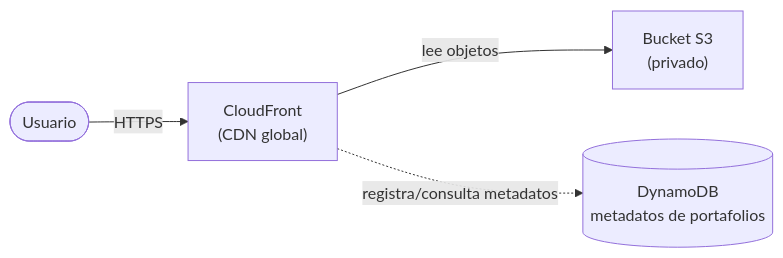
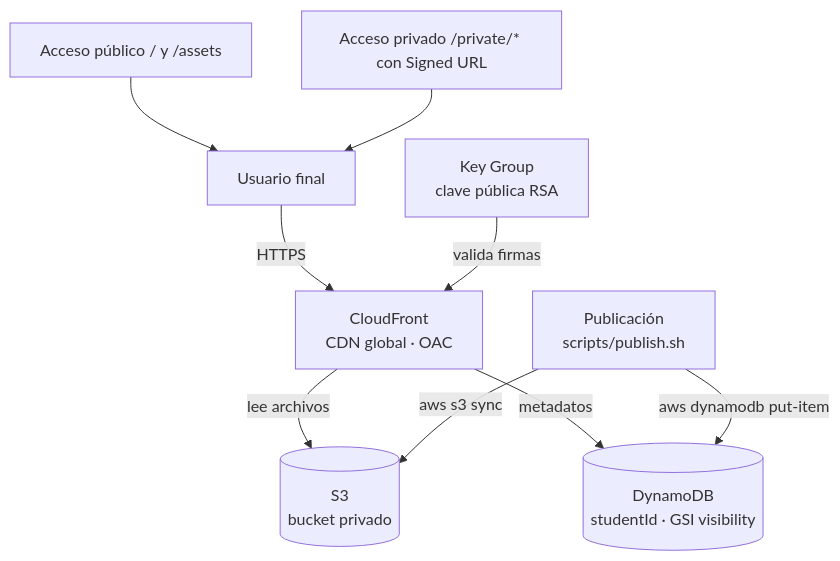
Before and after one commit to Jean-Carlos-L/cloud-portfolio-hosting-platform: the diagram in docs/architecture.md, drawn with Mermaid. The commit also changed other lines of this file, not shown here.

Commit message:
docs: add architecture documentation and quickstart

````diff
--- a/docs/architecture.md
+++ b/docs/architecture.md
@@ -11,8 +12,11 @@
 ```mermaid
-flowchart LR
-    User([Usuario]) -->|HTTPS| CF["CloudFront<br/>(CDN global)"]
-    CF -->|lee objetos| S3["Bucket S3<br/>(privado)"]
-    DDB[("DynamoDB<br/>metadatos de portafolios")]
-
-    CF -.registra/consulta metadatos.-> DDB
+flowchart TD
+    U[Usuario final] -->|HTTPS| CF[CloudFront<br/>CDN global · OAC]
+    PUB[Acceso público / y /assets] --> U
+    SIGNED[Acceso privado /private/* con Signed URL] --> U
+    CF -->|lee archivos| S3[(S3<br/>bucket privado)]
+    CF -->|metadatos| DDB[(DynamoDB<br/>studentId · GSI visibility)]
+    KG[Key Group<br/>clave pública RSA] -->|valida firmas| CF
+    PS[Publicación<br/>scripts/publish.sh] -->|aws s3 sync| S3
+    PS -->|aws dynamodb put-item| DDB
 ```
````
